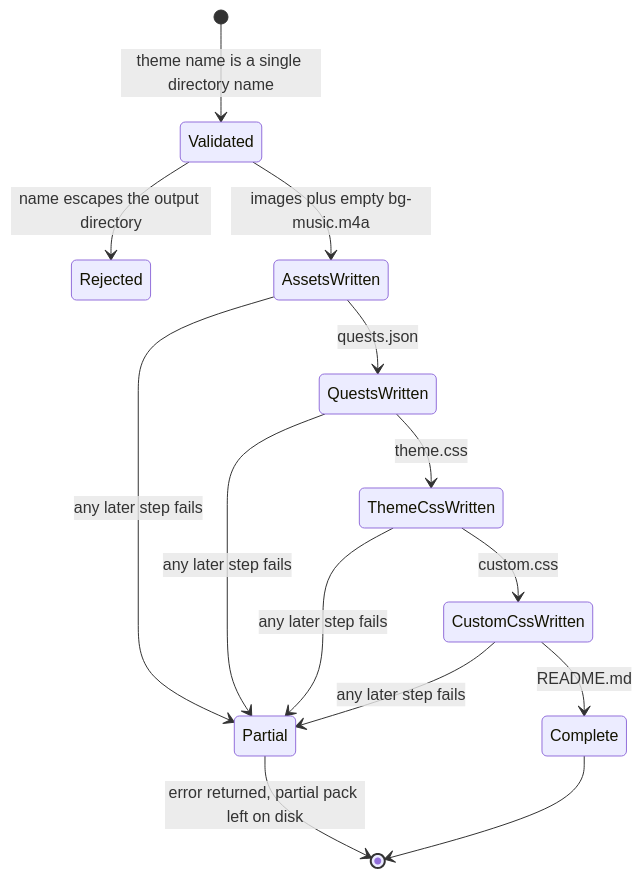
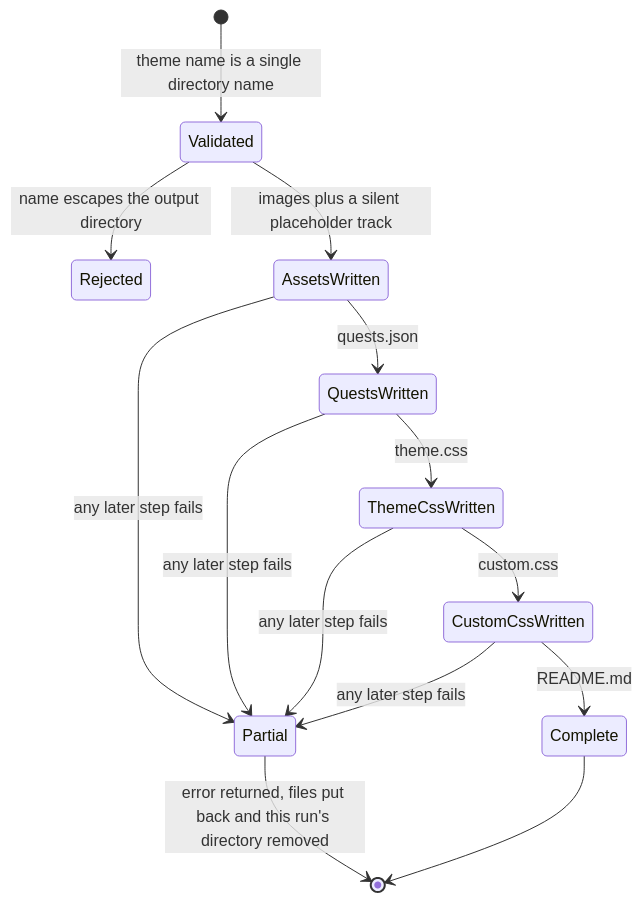
Diagram 43 of 46 in docu/state-machines.md (ghmer/rego-adventure), drawn with Mermaid before and after one commit. The commit also changed other lines of this file and 77 other files, not shown here.

````diff
--- a/docu/state-machines.md
+++ b/docu/state-machines.md
@@ -1392,16 +1237,16 @@
 ```mermaid
 stateDiagram-v2
     [*] --> Validated : theme name is a single directory name
     Validated --> Rejected : name escapes the output directory
-    Validated --> AssetsWritten : images plus empty bg-music.m4a
+    Validated --> AssetsWritten : images plus a silent placeholder track
     AssetsWritten --> QuestsWritten : quests.json
     QuestsWritten --> ThemeCssWritten : theme.css
     ThemeCssWritten --> CustomCssWritten : custom.css
     CustomCssWritten --> Complete : README.md
     AssetsWritten --> Partial : any later step fails
     QuestsWritten --> Partial : any later step fails
     ThemeCssWritten --> Partial : any later step fails
     CustomCssWritten --> Partial : any later step fails
-    Partial --> [*] : error returned, partial pack left on disk
+    Partial --> [*] : error returned, files put back and this run's directory removed
     Complete --> [*]
 ```
````
